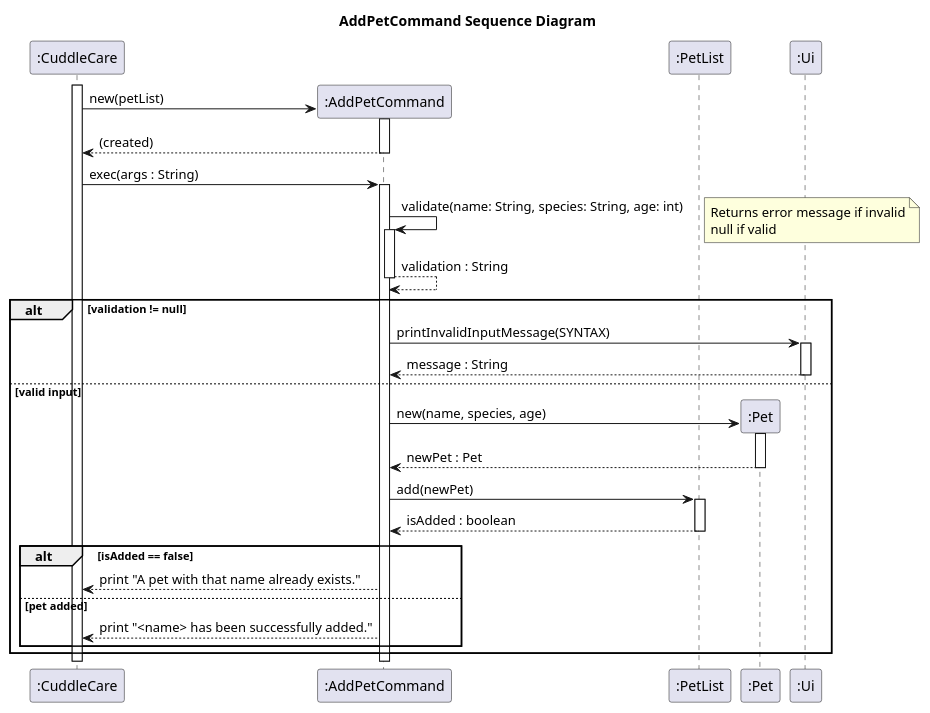
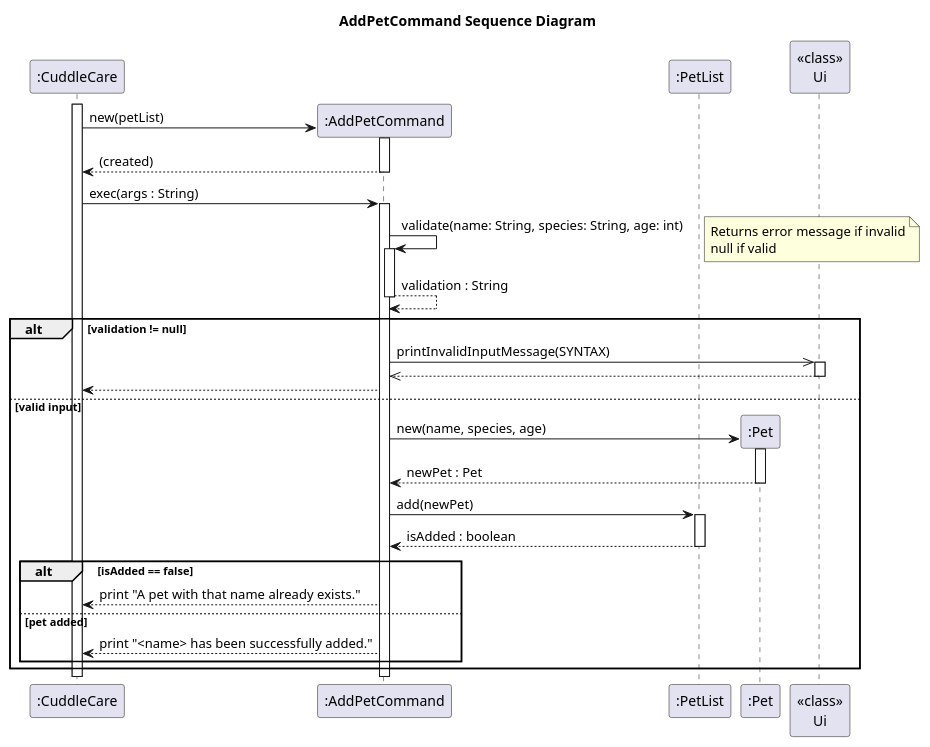
The diagram in docs/uml/AddPetCommandSequenceDiagram.puml (Kevin88866/tp), drawn with PlantUML before and after one commit. The commit also changed 4 other files, not shown here.

Commit message:
Update add and delete pet diagrams

```diff
--- a/docs/uml/AddPetCommandSequenceDiagram.puml
+++ b/docs/uml/AddPetCommandSequenceDiagram.puml
@@ -1,51 +1,52 @@
 @startuml
 title AddPetCommand Sequence Diagram
 
 participant ":CuddleCare" as CuddleCare
 participant ":AddPetCommand" as AddPetCommand
 participant ":PetList" as PetList
 participant ":Pet" as Pet
-participant ":Ui" as Ui
+participant "<<class>>\nUi" as Ui
 
 activate CuddleCare
 
 ' Constructor
 CuddleCare -> AddPetCommand** : new(petList)
 activate AddPetCommand
 return (created)
 
 ' Exec Method
 CuddleCare -> AddPetCommand : exec(args : String)
 activate AddPetCommand
 
 ' Validate input
 AddPetCommand -> AddPetCommand : validate(name: String, species: String, age: int)
 activate AddPetCommand
 note right: Returns error message if invalid\nnull if valid
 return validation : String
 
 alt validation != null
-    AddPetCommand -> Ui : printInvalidInputMessage(SYNTAX)
+    AddPetCommand ->> Ui : printInvalidInputMessage(SYNTAX)
     activate Ui
-    return message : String
+    return
+    AddPetCommand --> CuddleCare
 else valid input
     ' Create Pet object
     AddPetCommand -> Pet** : new(name, species, age)
     activate Pet
     return newPet : Pet
 
     ' Add to PetList
     AddPetCommand -> PetList : add(newPet)
     activate PetList
     return isAdded : boolean
 
     ' Duplicate pet case
     alt isAdded == false
         AddPetCommand --> CuddleCare : print "A pet with that name already exists."
 
     else pet added
         AddPetCommand --> CuddleCare : print "<name> has been successfully added."
     end
 end
 
 @enduml
```
